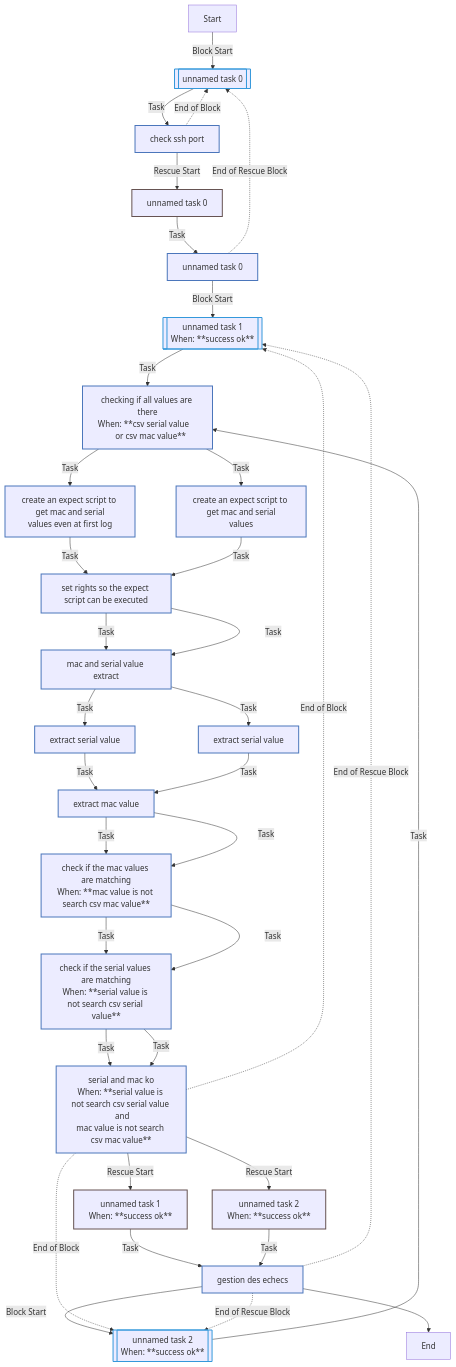
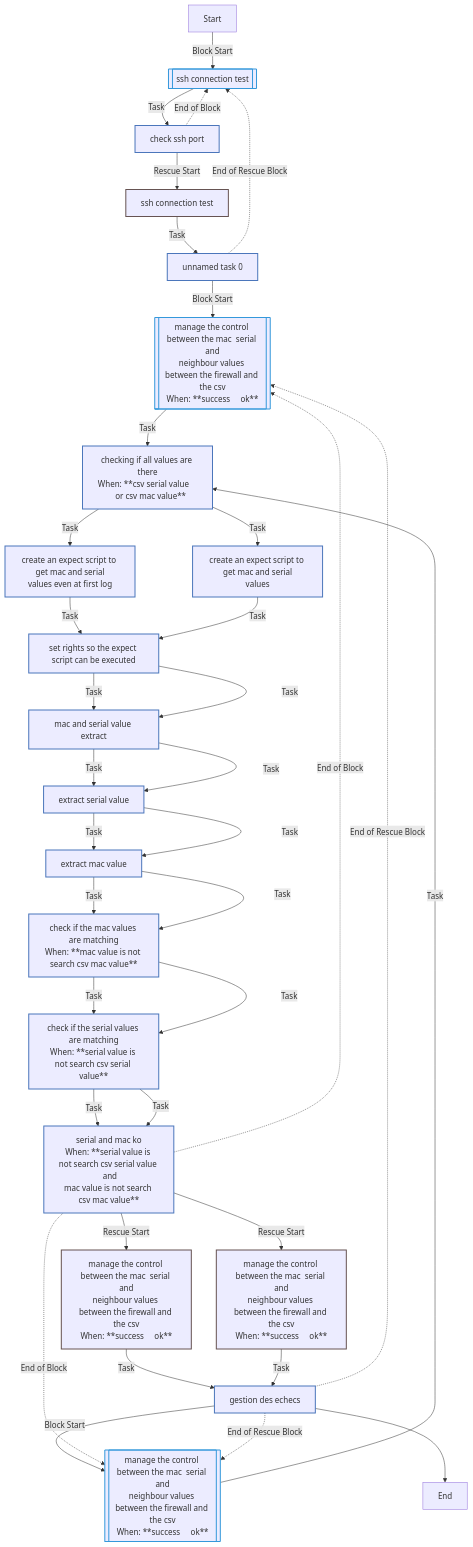
One commit to Enabo/Perso_tests changed the first of 5 diagrams in README.md. Above: the diagram before and after it, drawn with Mermaid. The commit also changed other lines of this file, not shown here.

````diff
--- a/README.md
+++ b/README.md
@@ -107,48 +107,48 @@
 ```mermaid
 flowchart TD
 Start
 classDef block stroke:#3498db,stroke-width:2px;
 classDef task stroke:#4b76bb,stroke-width:2px;
 classDef includeTasks stroke:#16a085,stroke-width:2px;
 classDef importTasks stroke:#34495e,stroke-width:2px;
 classDef includeRole stroke:#2980b9,stroke-width:2px;
 classDef importRole stroke:#699ba7,stroke-width:2px;
 classDef includeVars stroke:#8e44ad,stroke-width:2px;
 classDef rescue stroke:#665352,stroke-width:2px;
 
-  Start-->|Block Start| Unnamed_task_00_block_start_0[[unnamed task 0]]:::block
-  Unnamed_task_00_block_start_0-->|Task| Check_ssh_port0[check ssh port]:::task
-  Check_ssh_port0-.->|End of Block| Unnamed_task_00_block_start_0
-  Check_ssh_port0-->|Rescue Start| Unnamed_task_00_rescue_start_0[unnamed task 0]:::rescue
-  Unnamed_task_00_rescue_start_0-->|Task| Unnamed_task_00[unnamed task 0]:::task
-  Unnamed_task_00-.->|End of Rescue Block| Unnamed_task_00_block_start_0
-  Unnamed_task_00-->|Block Start| Unnamed_task_11_block_start_0[[unnamed task 1<br>When: **success     ok**]]:::block
-  Unnamed_task_11_block_start_0-->|Task| checking_if_all_values_are_there0[checking if all values are there<br>When: **csv serial value       or csv mac value**]:::task
+  Start-->|Block Start| SSH_connection_test0_block_start_0[[ssh connection test]]:::block
+  SSH_connection_test0_block_start_0-->|Task| Check_ssh_port0[check ssh port]:::task
+  Check_ssh_port0-.->|End of Block| SSH_connection_test0_block_start_0
+  Check_ssh_port0-->|Rescue Start| SSH_connection_test0_rescue_start_0[ssh connection test]:::rescue
+  SSH_connection_test0_rescue_start_0-->|Task| Unnamed_task_00[unnamed task 0]:::task
+  Unnamed_task_00-.->|End of Rescue Block| SSH_connection_test0_block_start_0
+  Unnamed_task_00-->|Block Start| Manage_the_control_between_the_MAC__SERIAL_and_neighbour_values_between_the_firewall_and_the_CSV1_block_start_0[[manage the control between the mac  serial and<br>neighbour values between the firewall and the csv<br>When: **success     ok**]]:::block
+  Manage_the_control_between_the_MAC__SERIAL_and_neighbour_values_between_the_firewall_and_the_CSV1_block_start_0-->|Task| checking_if_all_values_are_there0[checking if all values are there<br>When: **csv serial value       or csv mac value**]:::task
   checking_if_all_values_are_there0-->|Task| create_an_expect_script_to_get_mac_and_serial_values_even_at_first_log1[create an expect script to get mac and serial<br>values even at first log]:::task
   create_an_expect_script_to_get_mac_and_serial_values_even_at_first_log1-->|Task| set_rights_so_the_expect_script_can_be_executed2[set rights so the expect script can be executed]:::task
   set_rights_so_the_expect_script_can_be_executed2-->|Task| MAC_and_SERIAL_value_extract3[mac and serial value extract]:::task
-  MAC_and_SERIAL_value_extract3-->|Task| extract_Serial_value4[extract serial value]:::task
-  extract_Serial_value4-->|Task| extract_MAC_value5[extract mac value]:::task
+  MAC_and_SERIAL_value_extract3-->|Task| extract_SERIAL_value4[extract serial value]:::task
+  extract_SERIAL_value4-->|Task| extract_MAC_value5[extract mac value]:::task
   extract_MAC_value5-->|Task| Check_if_the_MAC_values_are_matching6[check if the mac values are matching<br>When: **mac value is not search csv mac value**]:::task
   Check_if_the_MAC_values_are_matching6-->|Task| Check_if_the_SERIAL_values_are_matching7[check if the serial values are matching<br>When: **serial value is not search csv serial value**]:::task
   Check_if_the_SERIAL_values_are_matching7-->|Task| SERIAL_and_MAC_KO8[serial and mac ko<br>When: **serial value is not search csv serial value  and<br>mac value is not search csv mac value**]:::task
-  SERIAL_and_MAC_KO8-.->|End of Block| Unnamed_task_11_block_start_0
-  SERIAL_and_MAC_KO8-->|Rescue Start| Unnamed_task_11_rescue_start_0[unnamed task 1<br>When: **success     ok**]:::rescue
-  Unnamed_task_11_rescue_start_0-->|Task| gestion_des_echecs0[gestion des echecs]:::task
-  gestion_des_echecs0-.->|End of Rescue Block| Unnamed_task_11_block_start_0
-  gestion_des_echecs0-->|Block Start| Unnamed_task_22_block_start_0[[unnamed task 2<br>When: **success     ok**]]:::block
-  Unnamed_task_22_block_start_0-->|Task| checking_if_all_values_are_there0[checking if all values are there<br>When: **csv serial value       or csv mac value**]:::task
+  SERIAL_and_MAC_KO8-.->|End of Block| Manage_the_control_between_the_MAC__SERIAL_and_neighbour_values_between_the_firewall_and_the_CSV1_block_start_0
+  SERIAL_and_MAC_KO8-->|Rescue Start| Manage_the_control_between_the_MAC__SERIAL_and_neighbour_values_between_the_firewall_and_the_CSV1_rescue_start_0[manage the control between the mac  serial and<br>neighbour values between the firewall and the csv<br>When: **success     ok**]:::rescue
+  Manage_the_control_between_the_MAC__SERIAL_and_neighbour_values_between_the_firewall_and_the_CSV1_rescue_start_0-->|Task| gestion_des_echecs0[gestion des echecs]:::task
+  gestion_des_echecs0-.->|End of Rescue Block| Manage_the_control_between_the_MAC__SERIAL_and_neighbour_values_between_the_firewall_and_the_CSV1_block_start_0
+  gestion_des_echecs0-->|Block Start| Manage_the_control_between_the_MAC__SERIAL_and_neighbour_values_between_the_firewall_and_the_CSV2_block_start_0[[manage the control between the mac  serial and<br>neighbour values between the firewall and the csv<br>When: **success     ok**]]:::block
+  Manage_the_control_between_the_MAC__SERIAL_and_neighbour_values_between_the_firewall_and_the_CSV2_block_start_0-->|Task| checking_if_all_values_are_there0[checking if all values are there<br>When: **csv serial value       or csv mac value**]:::task
   checking_if_all_values_are_there0-->|Task| create_an_expect_script_to_get_mac_and_serial_values1[create an expect script to get mac and serial<br>values]:::task
   create_an_expect_script_to_get_mac_and_serial_values1-->|Task| set_rights_so_the_expect_script_can_be_executed2[set rights so the expect script can be executed]:::task
   set_rights_so_the_expect_script_can_be_executed2-->|Task| MAC_and_SERIAL_value_extract3[mac and serial value extract]:::task
   MAC_and_SERIAL_value_extract3-->|Task| extract_SERIAL_value4[extract serial value]:::task
   extract_SERIAL_value4-->|Task| extract_MAC_value5[extract mac value]:::task
   extract_MAC_value5-->|Task| Check_if_the_MAC_values_are_matching6[check if the mac values are matching<br>When: **mac value is not search csv mac value**]:::task
   Check_if_the_MAC_values_are_matching6-->|Task| Check_if_the_SERIAL_values_are_matching7[check if the serial values are matching<br>When: **serial value is not search csv serial value**]:::task
   Check_if_the_SERIAL_values_are_matching7-->|Task| SERIAL_and_MAC_KO8[serial and mac ko<br>When: **serial value is not search csv serial value  and<br>mac value is not search csv mac value**]:::task
-  SERIAL_and_MAC_KO8-.->|End of Block| Unnamed_task_22_block_start_0
-  SERIAL_and_MAC_KO8-->|Rescue Start| Unnamed_task_22_rescue_start_0[unnamed task 2<br>When: **success     ok**]:::rescue
-  Unnamed_task_22_rescue_start_0-->|Task| gestion_des_echecs0[gestion des echecs]:::task
-  gestion_des_echecs0-.->|End of Rescue Block| Unnamed_task_22_block_start_0
+  SERIAL_and_MAC_KO8-.->|End of Block| Manage_the_control_between_the_MAC__SERIAL_and_neighbour_values_between_the_firewall_and_the_CSV2_block_start_0
+  SERIAL_and_MAC_KO8-->|Rescue Start| Manage_the_control_between_the_MAC__SERIAL_and_neighbour_values_between_the_firewall_and_the_CSV2_rescue_start_0[manage the control between the mac  serial and<br>neighbour values between the firewall and the csv<br>When: **success     ok**]:::rescue
+  Manage_the_control_between_the_MAC__SERIAL_and_neighbour_values_between_the_firewall_and_the_CSV2_rescue_start_0-->|Task| gestion_des_echecs0[gestion des echecs]:::task
+  gestion_des_echecs0-.->|End of Rescue Block| Manage_the_control_between_the_MAC__SERIAL_and_neighbour_values_between_the_firewall_and_the_CSV2_block_start_0
   gestion_des_echecs0-->End
 ```
````
